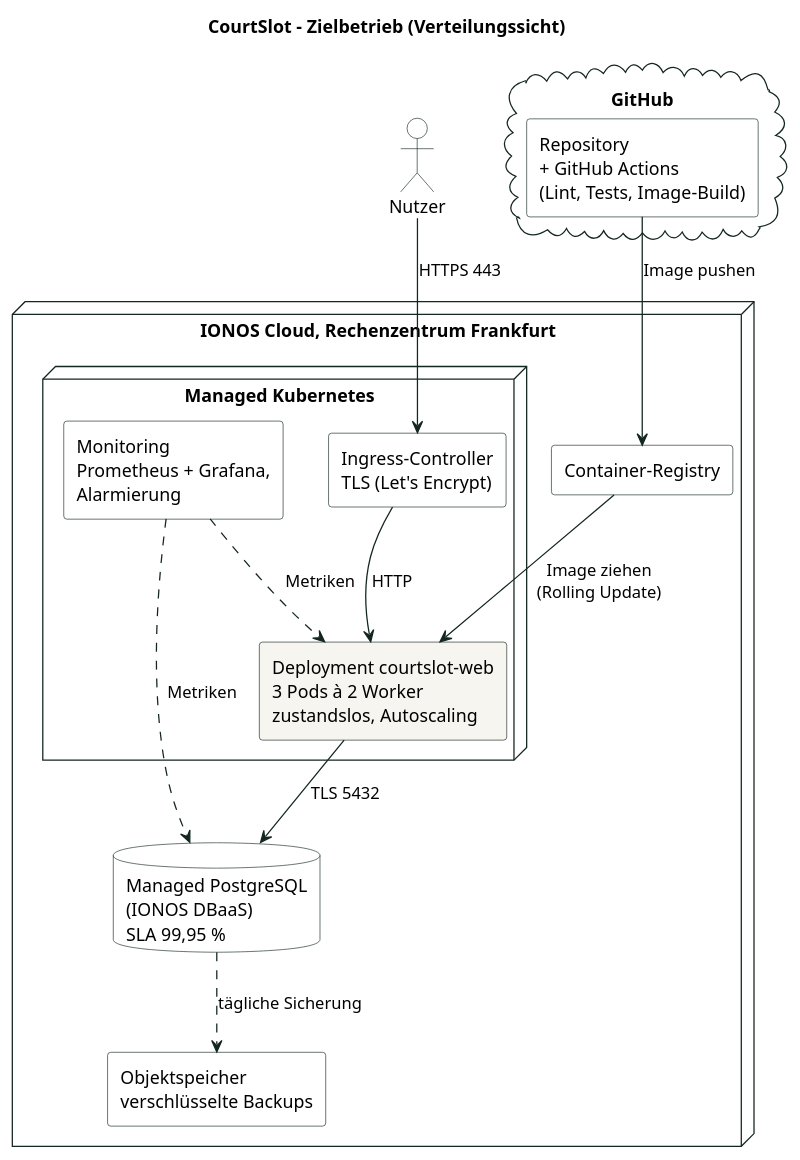
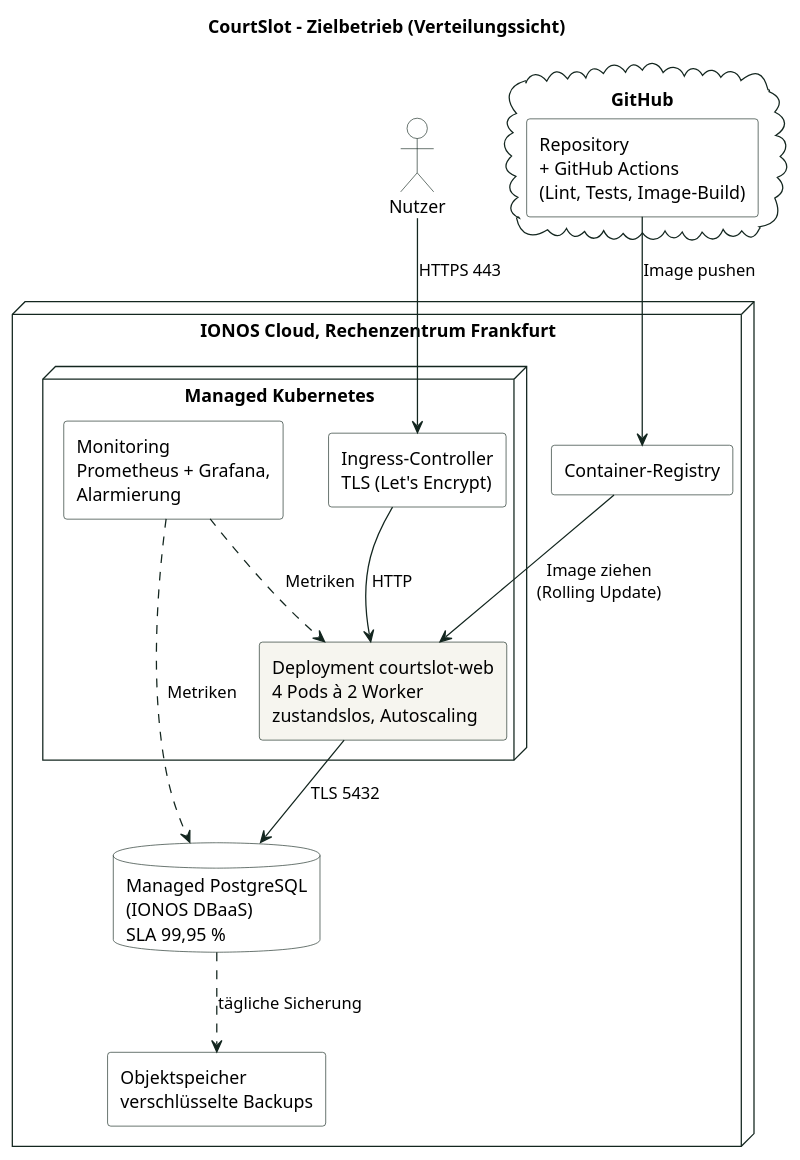
Before and after one commit to pasi140802/Anwendungsentwicklung: the diagram in docs/uml/08_zielbetrieb.puml, drawn with PlantUML. The commit also changed 26 other files, not shown here.

```diff
--- a/docs/uml/08_zielbetrieb.puml
+++ b/docs/uml/08_zielbetrieb.puml
@@ -1,44 +1,44 @@
 @startuml zielbetrieb
 title CourtSlot – Zielbetrieb (Verteilungssicht)
 skinparam shadowing false
 skinparam ArrowColor #13261F
 skinparam defaultFontName Arial
 skinparam node {
   BorderColor #13261F
   BackgroundColor #FFFFFF
 }
 skinparam rectangle {
   BorderColor #13261F
   BackgroundColor #FFFFFF
 }
 skinparam databaseBorderColor #13261F
 skinparam databaseBackgroundColor #FFFFFF
 skinparam cloudBorderColor #13261F
 skinparam actorBorderColor #13261F
 skinparam actorBackgroundColor #FFFFFF
 
 actor "Nutzer" as U
 cloud "GitHub" as GH {
   rectangle "Repository\n+ GitHub Actions\n(Lint, Tests, Image-Build)" as CI
 }
 
 node "IONOS Cloud, Rechenzentrum Frankfurt" as DC {
   node "Managed Kubernetes" as K8S {
     rectangle "Ingress-Controller\nTLS (Let's Encrypt)" as ING
-    rectangle "Deployment courtslot-web\n3 Pods à 2 Worker\nzustandslos, Autoscaling" as WEB #F6F5EF
+    rectangle "Deployment courtslot-web\n4 Pods à 2 Worker\nzustandslos, Autoscaling" as WEB #F6F5EF
     rectangle "Monitoring\nPrometheus + Grafana,\nAlarmierung" as MON
   }
   database "Managed PostgreSQL\n(IONOS DBaaS)\nSLA 99,95 %" as PG
   rectangle "Container-Registry" as REG
   rectangle "Objektspeicher\nverschlüsselte Backups" as S3
 }
 
 U --> ING : HTTPS 443
 ING --> WEB : HTTP
 WEB --> PG : TLS 5432
 PG ..> S3 : tägliche Sicherung
 MON ..> WEB : Metriken
 MON ..> PG : Metriken
 CI --> REG : Image pushen
 REG --> WEB : Image ziehen\n(Rolling Update)
 @enduml
```
